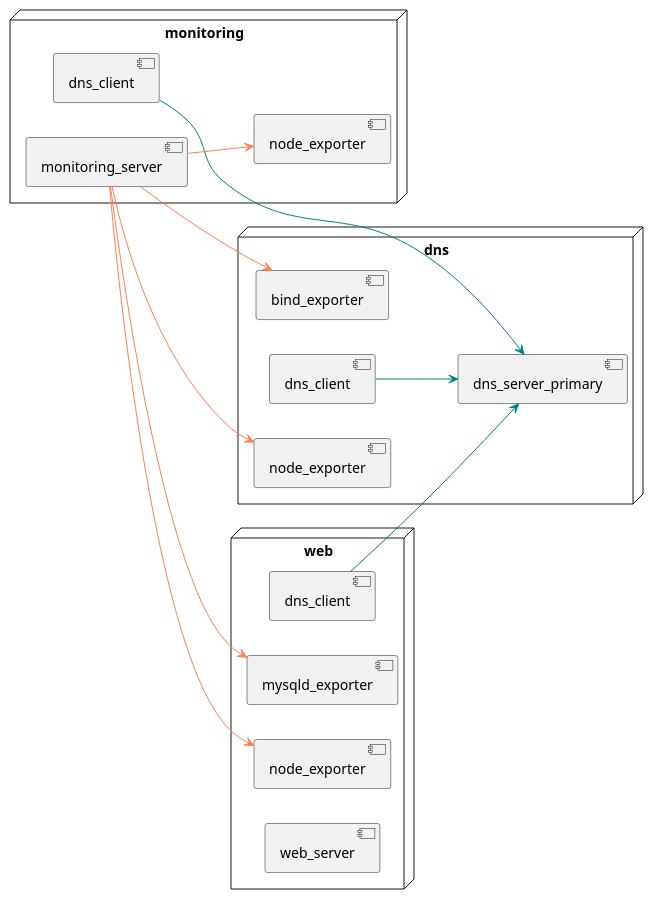
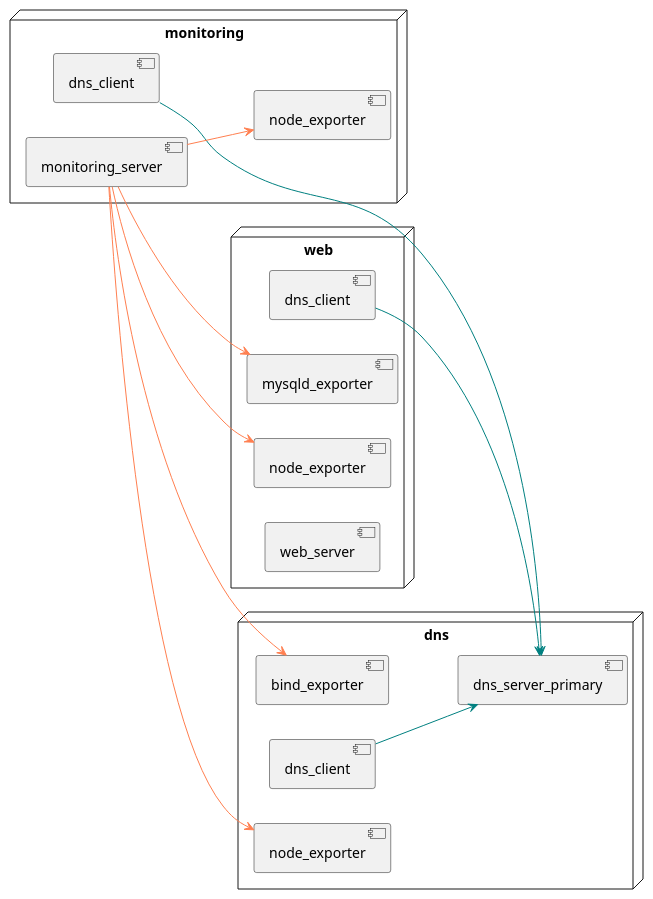
One commit to lucasluduenasegre/plantuml2ansible changed the fifth of 5 diagrams in README.md. Above: the diagram before and after it, drawn with PlantUML. The commit also changed other lines of this file and 27 other files, not shown here.

````diff
--- a/README.md
+++ b/README.md
@@ -297,81 +302,80 @@
 ```plantuml
 @startuml test_env
 /'
 Diagram name definition
 
 Format: @startuml <diagram_name>
 
 Note: if no diagram name is specified, the filename is used as a fallback for
 naming the output directory. This name should match the network diagram's.
 '/
 
 /'
 Required line; qualifies component names with their parent host identifier
 (e.g. dns.node_exporter vs web.node_exporter), preventing name collisions
 for roles that appear on multiple hosts.
 '/
 set separator .
 
 ' Purely visual, won't have any effect on the parser
 left to right direction
 
 /'
 Host definition
 
 Notes:
 - By default <description> will be used as the resulting hostname;
 <host_identifier> is the fallback if <description> is unused.
 - Underscores in the hostname will be converted to hyphens, due to Unix conventions.
 
 Format:
 node <host_identifier> as <description>
 '/
-node dns as "dns" {
-
+node web as "web" {
     /'
     Role definition
 
     Format:
     component <role_identifier> as <role_name>
     '/
+    component dns_client
+    component mysqld_exporter
+    component node_exporter
+    component web_server
+}
+
+node dns as "dns" {
     component bind_exporter
     component dns_client
     component dns_server_primary
     component node_exporter
 }
 
 node monitoring as "monitoring" {
     component dns_client
     component monitoring_server
     component node_exporter
-}
-
-node web as "web" {
-    component dns_client
-    component mysqld_exporter
-    component node_exporter
-    component web_server
 }
 
 /'
 Role-to-role connections
 
 Note: Arrows must always point from left to right, but can be styled according to
       https://crashedmind.github.io/PlantUMLHitchhikersGuide/layout/layout.html
 
 Format:
 <host_identifier>.<role_identifier> --> <host_identifier>.<role_identifier>
 '/
 dns.dns_client -[#teal]-> dns.dns_server_primary
 
 monitoring.dns_client -[#teal]-> dns.dns_server_primary
 monitoring.monitoring_server -[#coral]-> dns.bind_exporter
 monitoring.monitoring_server -[#coral]-> dns.node_exporter
 monitoring.monitoring_server -[#coral]-> monitoring.node_exporter
 monitoring.monitoring_server -[#coral]-> web.mysqld_exporter
 monitoring.monitoring_server -[#coral]-> web.node_exporter
 
 web.dns_client -[#teal]-> dns.dns_server_primary
 
 @enduml
 ```
````
